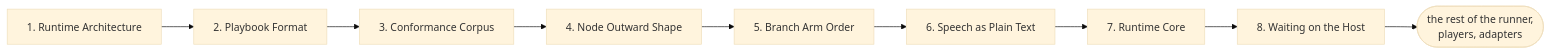
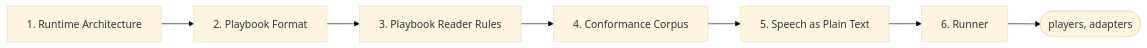
Before and after one commit to pengzhengyi/dialoguedown: the second of 3 diagrams in docs/contributing/design-notes/README.md, drawn with Mermaid (base theme). The commit also changed other lines of this file and 4 other files, not shown here.

````diff
--- a/docs/contributing/design-notes/README.md
+++ b/docs/contributing/design-notes/README.md
@@ -111,11 +109,9 @@
 ```mermaid
 flowchart LR
     RA["1. Runtime Architecture"] --> PF["2. Playbook Format"]
-    PF --> CC["3. Conformance Corpus"]
-    CC --> NOS["4. Node Outward Shape"]
-    NOS --> BAO["5. Branch Arm Order"]
-    BAO --> SPT["6. Speech as Plain Text"]
-    SPT --> RC["7. Runtime Core"]
-    RC --> WT["8. Waiting on the Host"]
-    WT --> RUN(["the rest of the runner,<br/>players, adapters"])
+    PF --> RR["3. Playbook Reader Rules"]
+    RR --> CC["4. Conformance Corpus"]
+    CC --> SPT["5. Speech as Plain Text"]
+    SPT --> RN["6. Runner"]
+    RN --> RUN(["players, adapters"])
 ```
````
